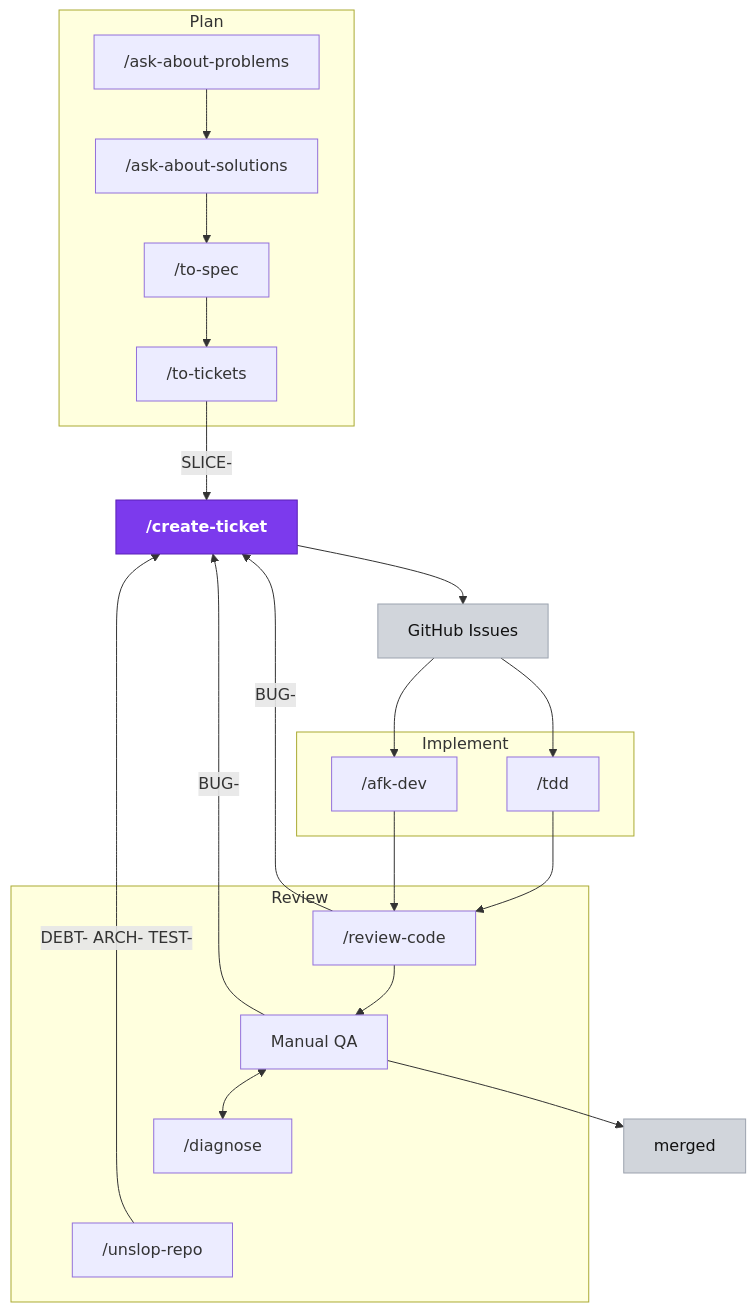
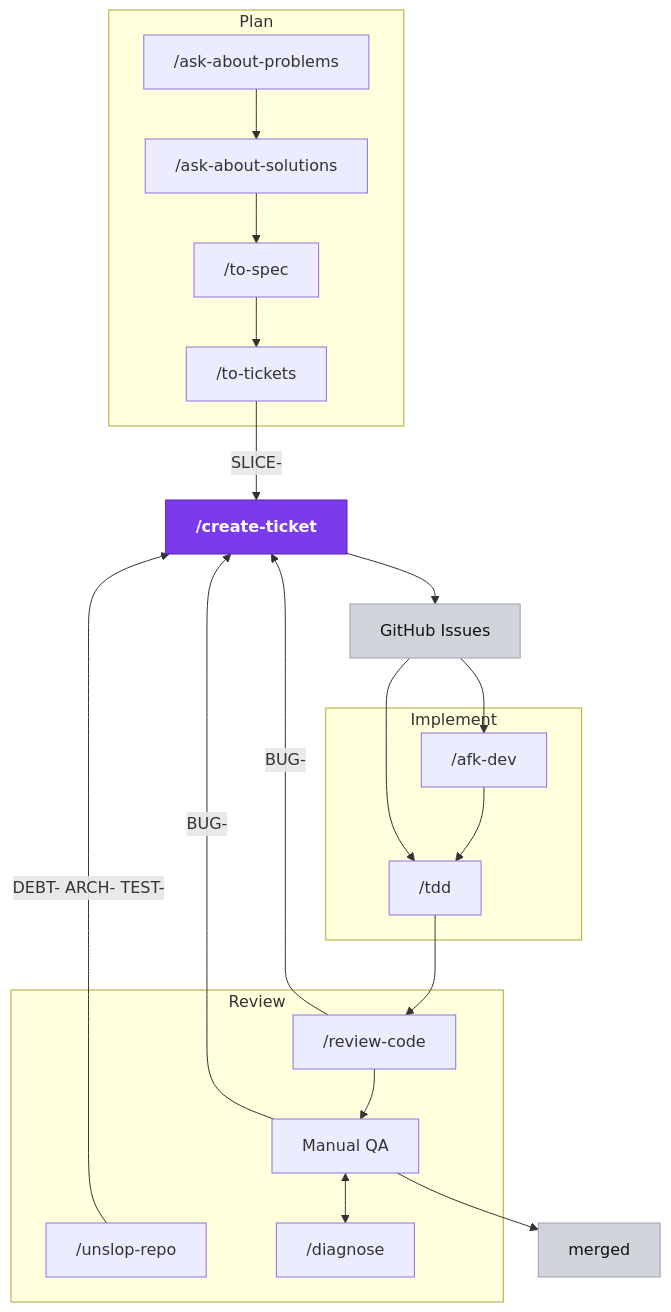
The diagram in README.md (mskhmelik/agent-skills), drawn with Mermaid before and after one commit. The commit also changed 1 other file, not shown here.

Commit message:
docs: mermaid — afk-dev delegates to tdd; unslop-repo on the left (#16)
Per feedback on the drawing:
- Implement now shows /afk-dev → /tdd (afk-dev orchestrates tdd internally);
  a single issue still goes straight to /tdd, a batch goes /afk-dev → /tdd.
- /unslop-repo sits on the left of the Review box (its DEBT-/ARCH-/TEST- arrow
  runs up the left margin) instead of being anchored bottom-right.
- Dropped the review-code→unslop edge idea; unslop keeps its Review location.

Iterated on rendered PNGs to a crossing-free vertical layout: forward flow down
the right, feedback up the left, no intersecting arrows. Byte-identical in
README + template; both render. Validator 19/0/0.

````diff
--- a/README.md
+++ b/README.md
@@ -53,36 +53,34 @@
 ```mermaid
 flowchart TB
   subgraph plan [Plan]
     aap["/ask-about-problems"] --> aas["/ask-about-solutions"]
     aas --> spec["/to-spec"]
     spec --> tix["/to-tickets"]
   end
   ct["/create-ticket"]
   issues["GitHub Issues"]
   subgraph implement [Implement]
-    tdd["/tdd"]
-    afk["/afk-dev"]
+    afk["/afk-dev"] --> tdd["/tdd"]
   end
   subgraph review [Review]
     rc["/review-code"] --> qa["Manual QA"]
+    qa ~~~ unslop["/unslop-repo"]
     qa <--> dg["/diagnose"]
-    dg ~~~ unslop["/unslop-repo"]
   end
   merged["merged"]
 
   tix -->|"SLICE-"| ct
   ct --> issues
+  issues --> afk
   issues --> tdd
-  issues --> afk
   tdd --> rc
-  afk --> rc
   qa --> merged
+  unslop -->|"DEBT- ARCH- TEST-"| ct
   rc -->|"BUG-"| ct
   qa -->|"BUG-"| ct
-  unslop -->|"DEBT- ARCH- TEST-"| ct
 
   classDef hub fill:#7c3aed,stroke:#5b21b6,color:#fff,font-weight:bold
   classDef artifact fill:#d1d5db,stroke:#9ca3af,color:#111
   class ct hub
   class issues,merged artifact
 ```
````
